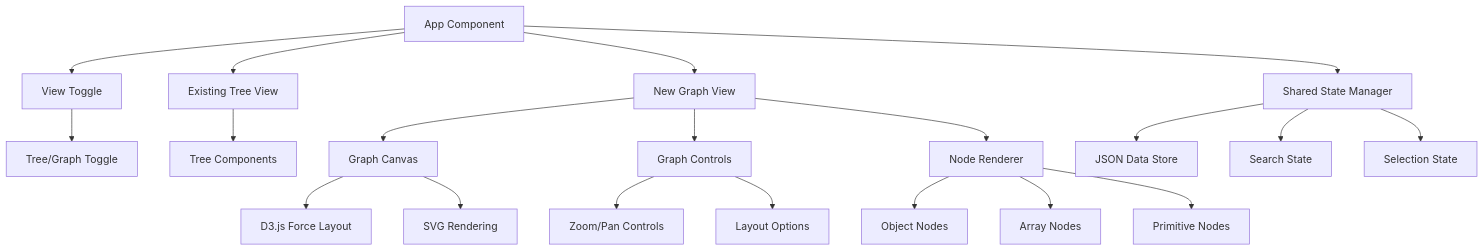
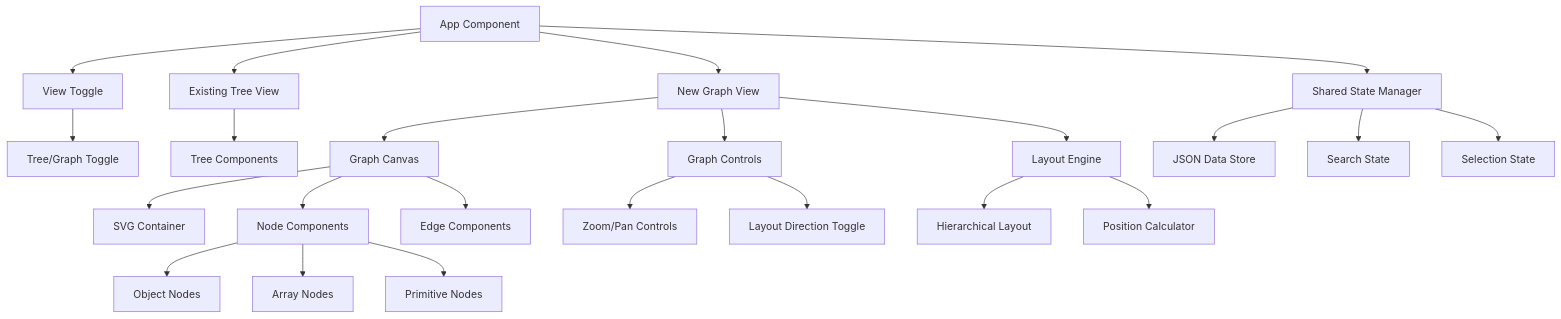
One commit to fulopmarton/jsonslop changed the diagram in .kiro/specs/json-crack-view/design.md. Above: the diagram before and after it, drawn with Mermaid. The commit also changed other lines of this file and 16 other files, not shown here.

````diff
--- a/.kiro/specs/json-crack-view/design.md
+++ b/.kiro/specs/json-crack-view/design.md
@@ -11,29 +11,33 @@
 ```mermaid
 graph TB
     A[App Component] --> B[View Toggle]
     A --> C[Existing Tree View]
     A --> D[New Graph View]
     A --> E[Shared State Manager]
 
     B --> F[Tree/Graph Toggle]
 
     C --> G[Tree Components]
 
     D --> H[Graph Canvas]
     D --> I[Graph Controls]
-    D --> J[Node Renderer]
+    D --> J[Layout Engine]
 
-    H --> K[D3.js Force Layout]
-    H --> L[SVG Rendering]
+    H --> K[SVG Container]
+    H --> L[Node Components]
+    H --> M[Edge Components]
 
-    I --> M[Zoom/Pan Controls]
-    I --> N[Layout Options]
+    I --> N[Zoom/Pan Controls]
+    I --> O[Layout Direction Toggle]
 
-    J --> O[Object Nodes]
-    J --> P[Array Nodes]
-    J --> Q[Primitive Nodes]
+    J --> P[Hierarchical Layout]
+    J --> Q[Position Calculator]
 
-    E --> R[JSON Data Store]
-    E --> S[Search State]
-    E --> T[Selection State]
+    L --> R[Object Nodes]
+    L --> S[Array Nodes]
+    L --> T[Primitive Nodes]
+
+    E --> U[JSON Data Store]
+    E --> V[Search State]
+    E --> W[Selection State]
 ```
````
